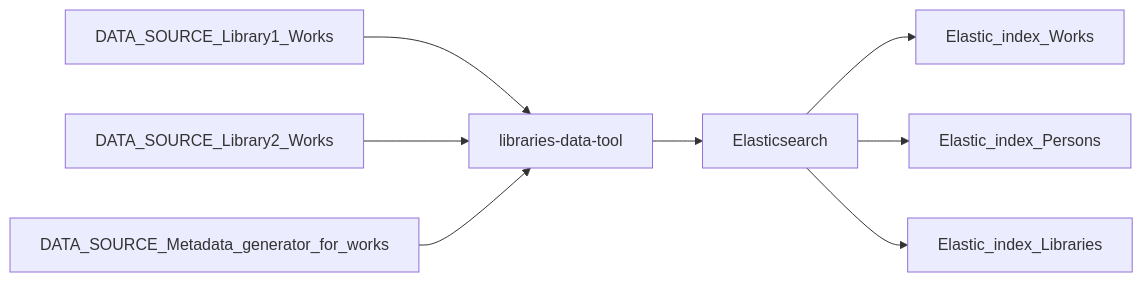
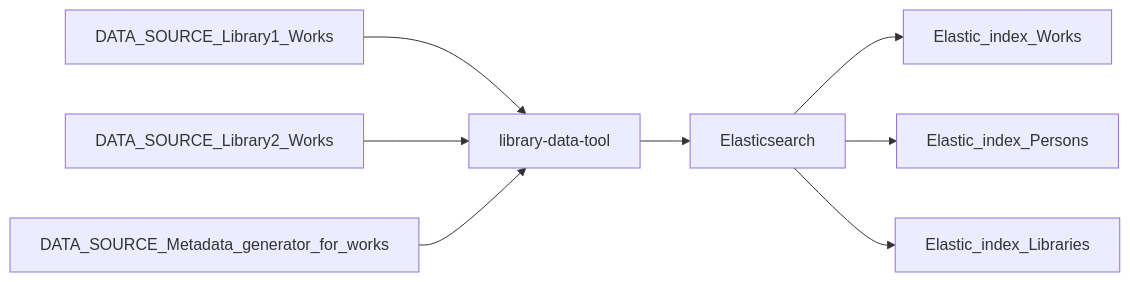
The diagram in README.md (purplebugs/library-data-tool), drawn with Mermaid before and after one commit.

````diff
--- a/README.md
+++ b/README.md
@@ -14,10 +14,10 @@
 ```mermaid
 graph LR;
-    DATA_SOURCE_Library1_Works-->libraries-data-tool;
-    DATA_SOURCE_Library2_Works-->libraries-data-tool;
-    DATA_SOURCE_Metadata_generator_for_works-->libraries-data-tool;
-    libraries-data-tool-->Elasticsearch;
+    DATA_SOURCE_Library1_Works-->library-data-tool;
+    DATA_SOURCE_Library2_Works-->library-data-tool;
+    DATA_SOURCE_Metadata_generator_for_works-->library-data-tool;
+    library-data-tool-->Elasticsearch;
     Elasticsearch-->Elastic_index_Works;
     Elasticsearch-->Elastic_index_Persons;
     Elasticsearch-->Elastic_index_Libraries;
 ```
````
